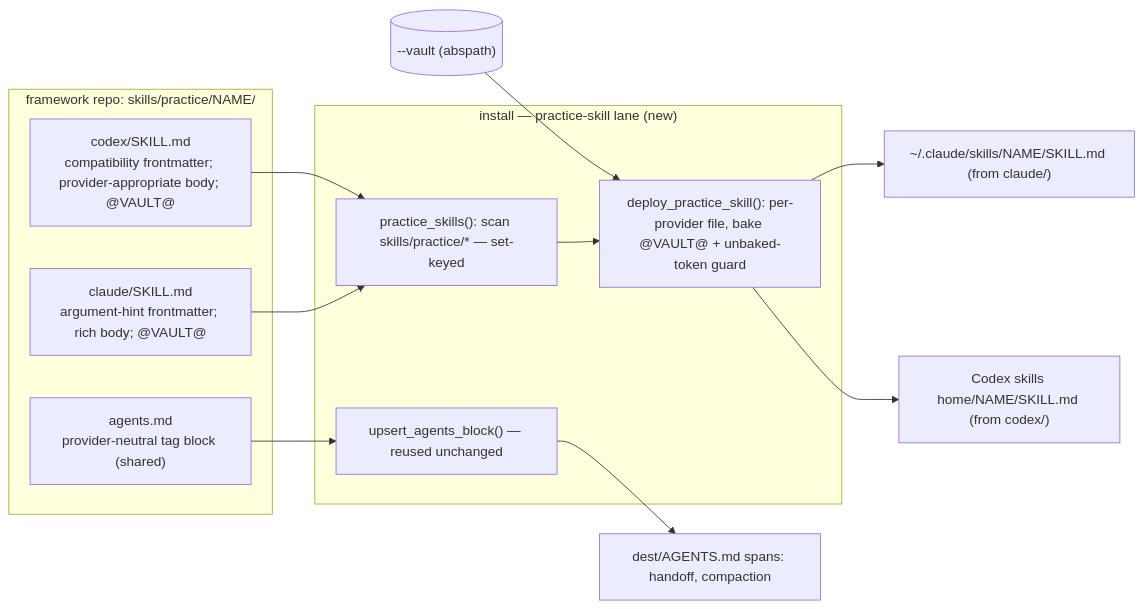
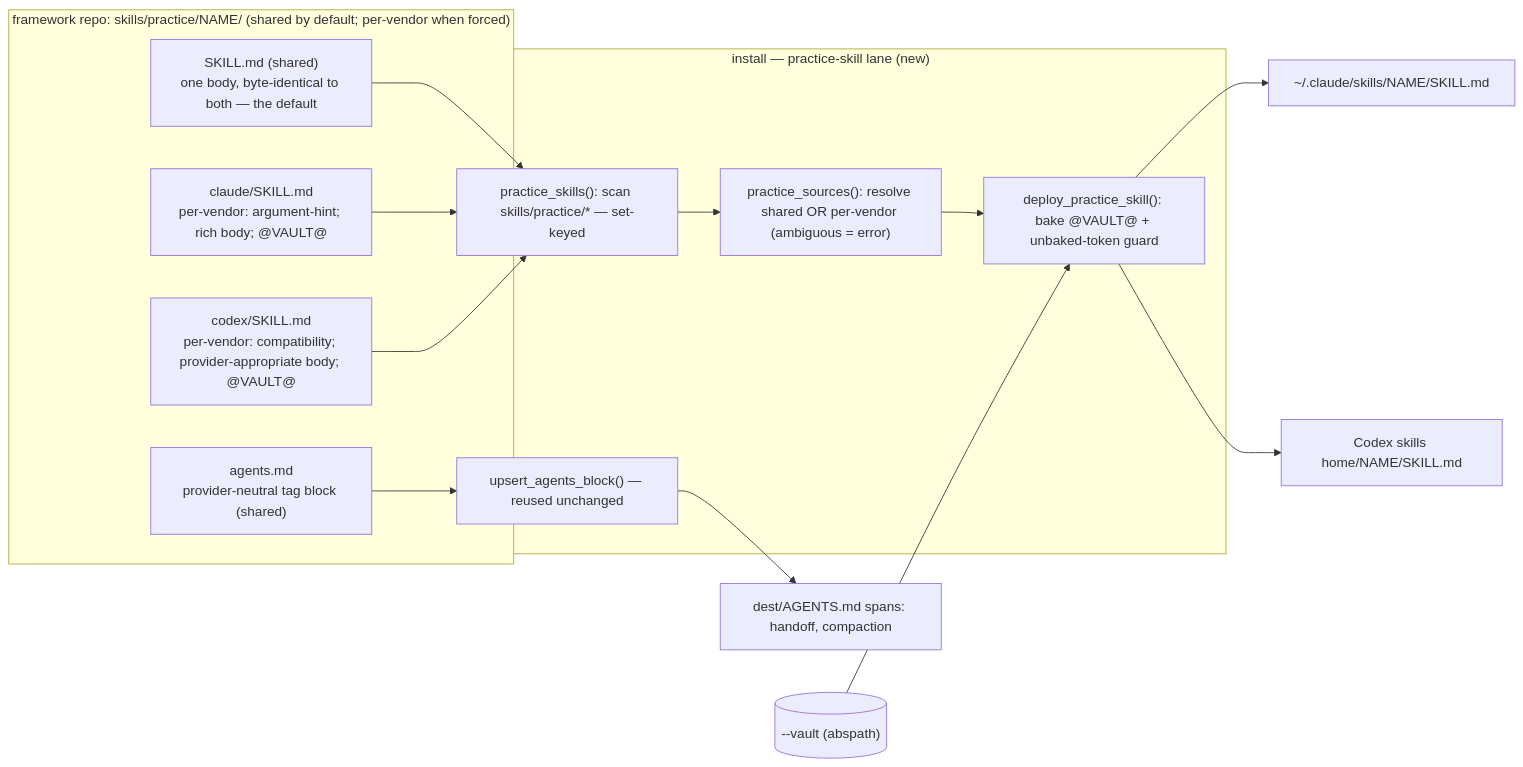
The diagram in docs/features/0002-ship-practice-skills/design.md (mynghn/metacognition), drawn with Mermaid before and after one commit. The commit also changed other lines of this file and 2 other files, not shown here.

Commit message:
docs(0002): record Delta-2 (shared-by-default + divergence gate)
understanding.md gains Delta-2: per-vendor is the exception a skill earns on a
runtime-forced primitive; shared is the default. Reframes the lane (now
shared-or-per-vendor), adds the divergence gate, and grounds the bodies in the KB
entry rather than a personal global block. design.md D-1 carries the layout + gate;
D-2/D-3 the KB-grounding touch-ups; the lane mermaid shows both layouts. tasks.md
S1/I1 gain the KB-grounding, divergence-gate, and layout-resolution criteria.
Validates clean (incl. --strict).

````diff
--- a/docs/features/0002-ship-practice-skills/design.md
+++ b/docs/features/0002-ship-practice-skills/design.md
@@ -7,22 +7,26 @@
 ```mermaid
 flowchart LR
-  subgraph SRC["framework repo: skills/practice/NAME/"]
-    CL["claude/SKILL.md<br/>argument-hint frontmatter; rich body; @VAULT@"]
-    CX["codex/SKILL.md<br/>compatibility frontmatter; provider-appropriate body; @VAULT@"]
+  subgraph SRC["framework repo: skills/practice/NAME/  (shared by default; per-vendor when forced)"]
+    SH["SKILL.md (shared)<br/>one body, byte-identical to both — the default"]
+    CL["claude/SKILL.md<br/>per-vendor: argument-hint; rich body; @VAULT@"]
+    CX["codex/SKILL.md<br/>per-vendor: compatibility; provider-appropriate body; @VAULT@"]
     ACT["agents.md<br/>provider-neutral tag block (shared)"]
   end
   subgraph LANE["install — practice-skill lane (new)"]
     SCAN["practice_skills(): scan skills/practice/* — set-keyed"]
-    BAKE["deploy_practice_skill(): per-provider file, bake @VAULT@ + unbaked-token guard"]
+    RES["practice_sources(): resolve shared OR per-vendor (ambiguous = error)"]
+    BAKE["deploy_practice_skill(): bake @VAULT@ + unbaked-token guard"]
     UP["upsert_agents_block() — reused unchanged"]
   end
   VAULT[("--vault (abspath)")]
+  SH --> SCAN
   CL --> SCAN
   CX --> SCAN
-  SCAN --> BAKE
+  SCAN --> RES
+  RES --> BAKE
   VAULT --> BAKE
   ACT --> UP
-  BAKE --> CLAUDE["~/.claude/skills/NAME/SKILL.md (from claude/)"]
-  BAKE --> CODEX["Codex skills home/NAME/SKILL.md (from codex/)"]
+  BAKE --> CLAUDE["~/.claude/skills/NAME/SKILL.md"]
+  BAKE --> CODEX["Codex skills home/NAME/SKILL.md"]
   UP --> AGENTS["dest/AGENTS.md spans: handoff, compaction"]
 ```
````
